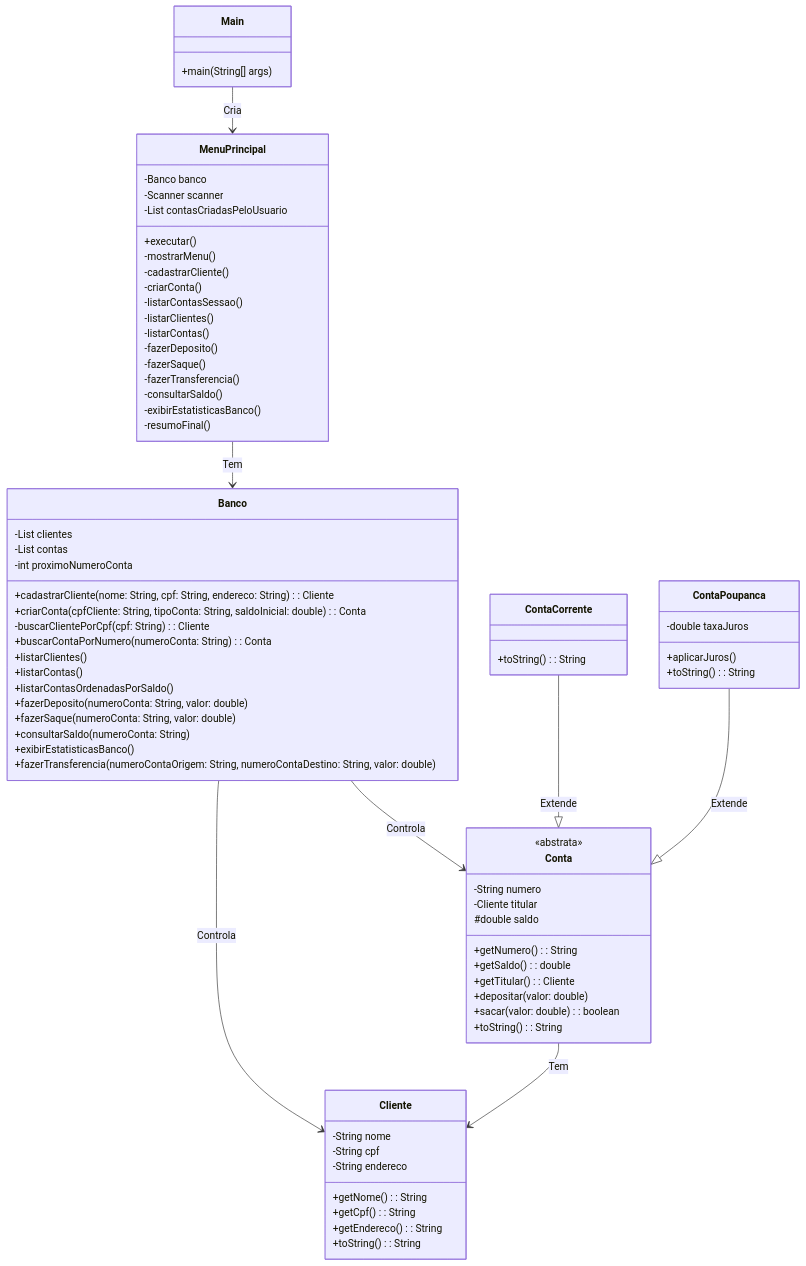
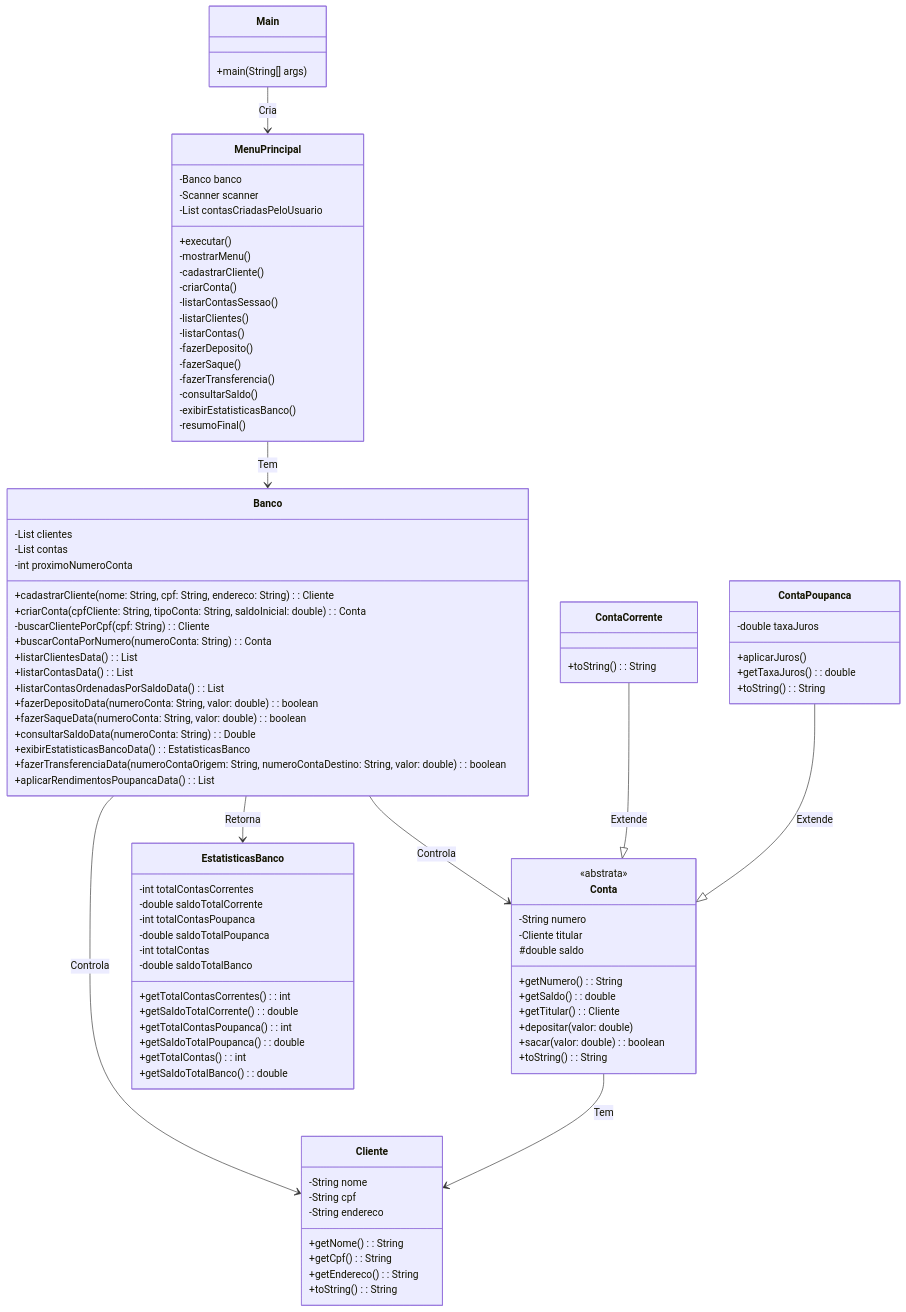
Before and after one commit to Leonewton/pelado-banco: the diagram in README.md, drawn with Mermaid. The commit also changed other lines of this file and 1 other file, not shown here.

Commit message:
Refactor: padronização do nome das variáveis e atualização do diagrama de classes

````diff
--- a/README.md
+++ b/README.md
@@ -118,14 +118,15 @@
         +criarConta(cpfCliente: String, tipoConta: String, saldoInicial: double): Conta
         -buscarClientePorCpf(cpf: String): Cliente
         +buscarContaPorNumero(numeroConta: String): Conta
-        +listarClientes()
-        +listarContas()
-        +listarContasOrdenadasPorSaldo()
-        +fazerDeposito(numeroConta: String, valor: double)
-        +fazerSaque(numeroConta: String, valor: double)
-        +consultarSaldo(numeroConta: String)
-        +exibirEstatisticasBanco()
-        +fazerTransferencia(numeroContaOrigem: String, numeroContaDestino: String, valor: double)
+        +listarClientesData(): List<Cliente>
+        +listarContasData(): List<Conta>
+        +listarContasOrdenadasPorSaldoData(): List<Conta>
+        +fazerDepositoData(numeroConta: String, valor: double): boolean
+        +fazerSaqueData(numeroConta: String, valor: double): boolean
+        +consultarSaldoData(numeroConta: String): Double
+        +exibirEstatisticasBancoData(): EstatisticasBanco
+        +fazerTransferenciaData(numeroContaOrigem: String, numeroContaDestino: String, valor: double): boolean
+        +aplicarRendimentosPoupancaData(): List<ContaPoupanca>
     }
 
     class Cliente {
@@ -158,6 +159,7 @@
     class ContaPoupanca {
         -double taxaJuros
         +aplicarJuros()
+        +getTaxaJuros(): double
         +toString(): String
     }
 
@@ -165,7 +167,23 @@
     MenuPrincipal --> Banco : Tem
     Banco --> Cliente : Controla
     Banco --> Conta : Controla
+    Banco --> EstatisticasBanco : Retorna
     Conta --> Cliente : Tem
     ContaCorrente --|> Conta : Extende
     ContaPoupanca --|> Conta : Extende
+
+    class EstatisticasBanco {
+        -int totalContasCorrentes
+        -double saldoTotalCorrente
+        -int totalContasPoupanca
+        -double saldoTotalPoupanca
+        -int totalContas
+        -double saldoTotalBanco
+        +getTotalContasCorrentes(): int
+        +getSaldoTotalCorrente(): double
+        +getTotalContasPoupanca(): int
+        +getSaldoTotalPoupanca(): double
+        +getTotalContas(): int
+        +getSaldoTotalBanco(): double
+    }
 ```
````
